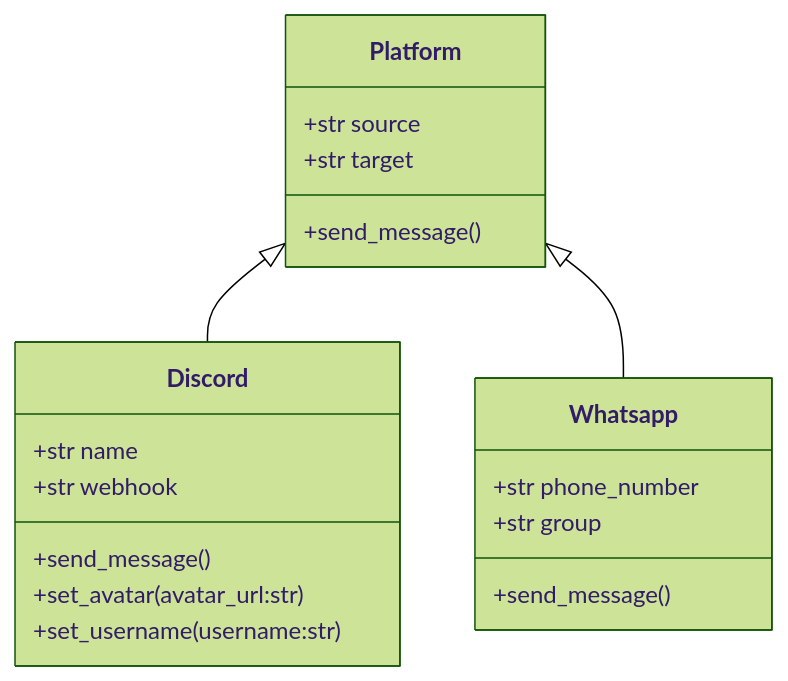
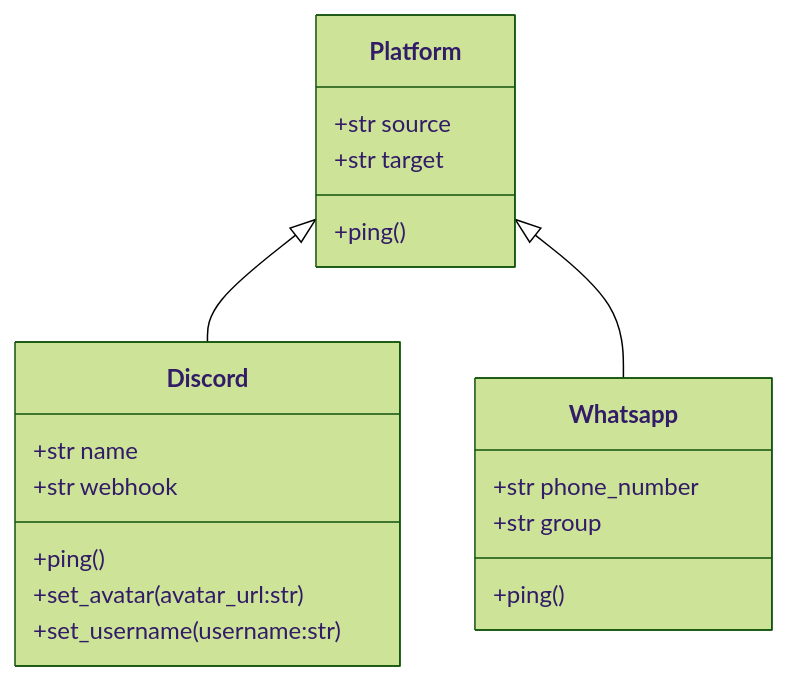
Before and after one commit to Code-For-Groningen/cover-forms-bot: the diagram in README.md, drawn with Mermaid (forest theme). The commit also changed 7 other files, not shown here.

````diff
--- a/README.md
+++ b/README.md
@@ -115,26 +115,26 @@
 ```mermaid
 classDiagram
     class Platform {
         +str source
         +str target
-        +send_message()
+        +ping()
     }
 
     class Discord {
         +str name
         +str webhook
-        +send_message()
+        +ping()
         +set_avatar(avatar_url:str)
         +set_username(username:str)
 
     }
 
     class Whatsapp {
         +str phone_number
         +str group
-        +send_message()
+        +ping()
     }
 
     Platform <|-- Discord
     Platform <|-- Whatsapp
 ```
````
